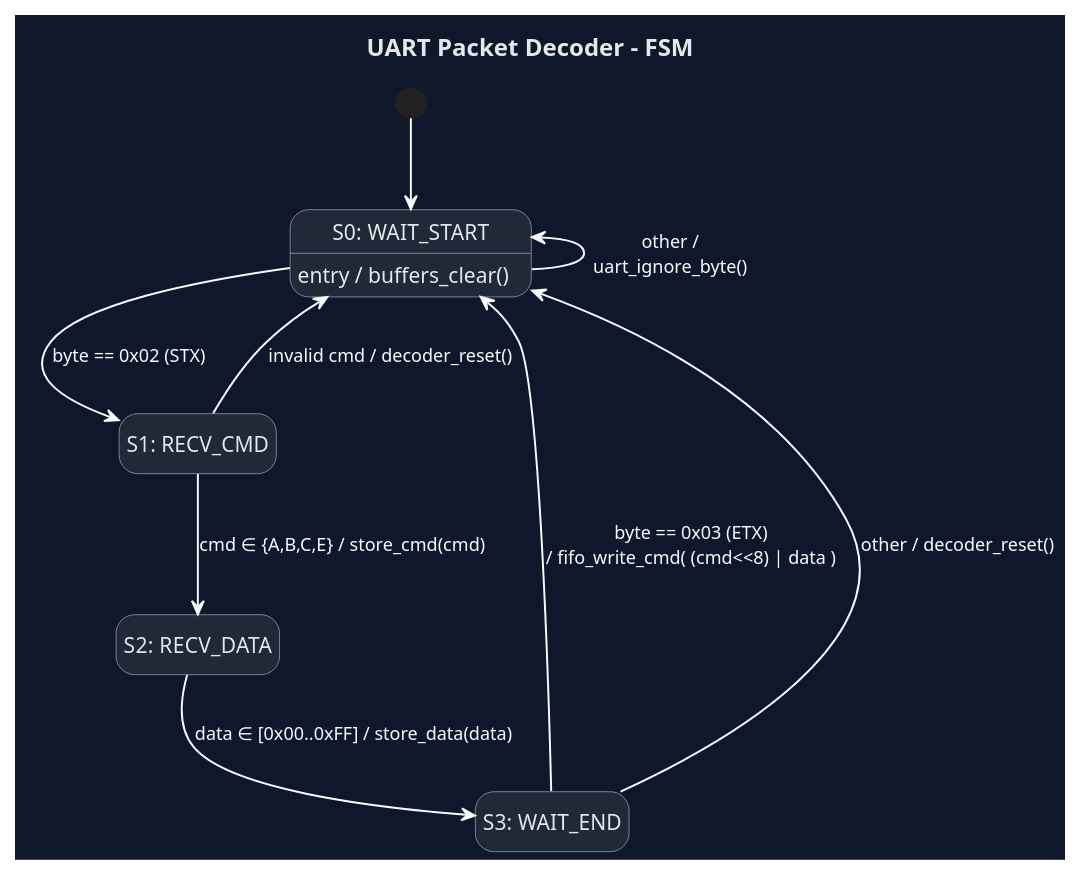
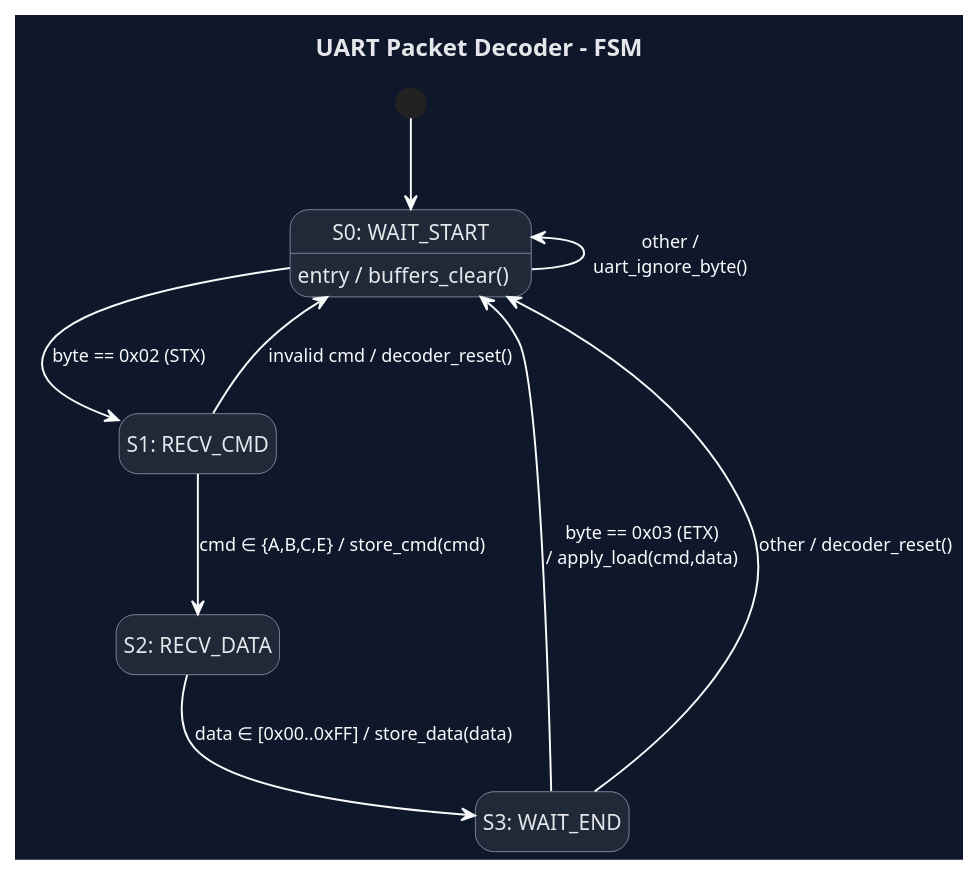
One commit to 1v6n/ALU_CMODPICO changed the diagram in FSM/UART_Packet_Decoder.md. Above: the diagram before and after it, drawn with PlantUML. The commit also changed 9 other files, not shown here.

````diff
--- a/FSM/UART_Packet_Decoder.md
+++ b/FSM/UART_Packet_Decoder.md
@@ -1,47 +1,47 @@
 ```plantuml
 @startuml
 title UART Packet Decoder – FSM
 hide empty description
 skinparam backgroundColor #0f172a
 
 skinparam state {
   BackgroundColor #1f2937
   BorderColor #94a3b8
   FontColor #e5e7eb
   FontName Consolas
   FontSize 14
   RoundCorner 10
 }
 skinparam title {
   FontColor #e5e7eb
   FontName Consolas
   FontSize 16
 }
 skinparam arrow {
   Color #f8fafc
   FontColor #f8fafc
   FontSize 12
   Thickness 1.3
 }
 
 state "S0: WAIT_START" as S0
 state "S1: RECV_CMD"   as S1
 state "S2: RECV_DATA"  as S2
 state "S3: WAIT_END"   as S3
 
 [*] --> S0
 S0 : entry / buffers_clear()
 
 S0 --> S1 : byte == 0x02 (STX)
 S0 -up-> S0 : other /\nuart_ignore_byte()
 
 S1 --> S2 : cmd ∈ {A,B,C,E} / store_cmd(cmd)
 S1 --> S0 <<Error>> : invalid cmd / decoder_reset()
 
 S2 --> S3 : data ∈ [0x00..0xFF] / store_data(data)
 
-S3 --> S0 : byte == 0x03 (ETX)\n/ fifo_write_cmd( (cmd<<8) | data )
+S3 --> S0 : byte == 0x03 (ETX)\n/ apply_load(cmd,data)
 S3 --> S0 <<Error>> : other / decoder_reset()
 
 @enduml
 ```
````
